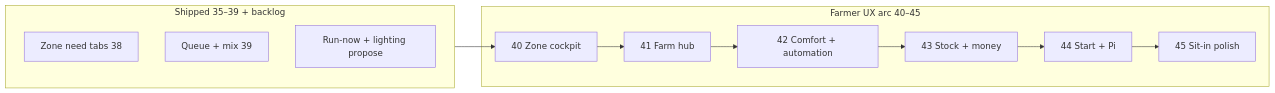
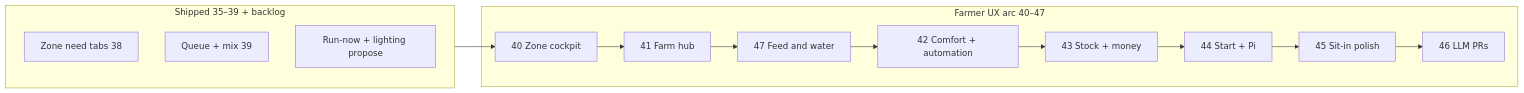
One commit to dgang0404/gr33n changed the diagram in docs/plans/farmer_ux_roadmap_40_plus.plan.md. Above: the diagram before and after it, drawn with Mermaid. The commit also changed other lines of this file and 16 other files, not shown here.

First line of the commit message:
Docs: Phase 47 feeding & water plain language + farmer vocabulary

````diff
--- a/docs/plans/farmer_ux_roadmap_40_plus.plan.md
+++ b/docs/plans/farmer_ux_roadmap_40_plus.plan.md
@@ -49,17 +51,19 @@
 ```mermaid
 flowchart LR
   subgraph done [Shipped 35–39 + backlog]
     Z[Zone need tabs 38]
     Q[Queue + mix 39]
     B[Run-now + lighting propose]
   end
-  subgraph arc [Farmer UX arc 40–45]
+  subgraph arc [Farmer UX arc 40–47]
     P40[40 Zone cockpit]
     P41[41 Farm hub]
+    P47[47 Feed and water]
     P42[42 Comfort + automation]
     P43[43 Stock + money]
     P44[44 Start + Pi]
     P45[45 Sit-in polish]
+    P46[46 LLM PRs]
   end
-  done --> P40 --> P41 --> P42 --> P43 --> P44 --> P45
+  done --> P40 --> P41 --> P47 --> P42 --> P43 --> P44 --> P45 --> P46
 ```
````
